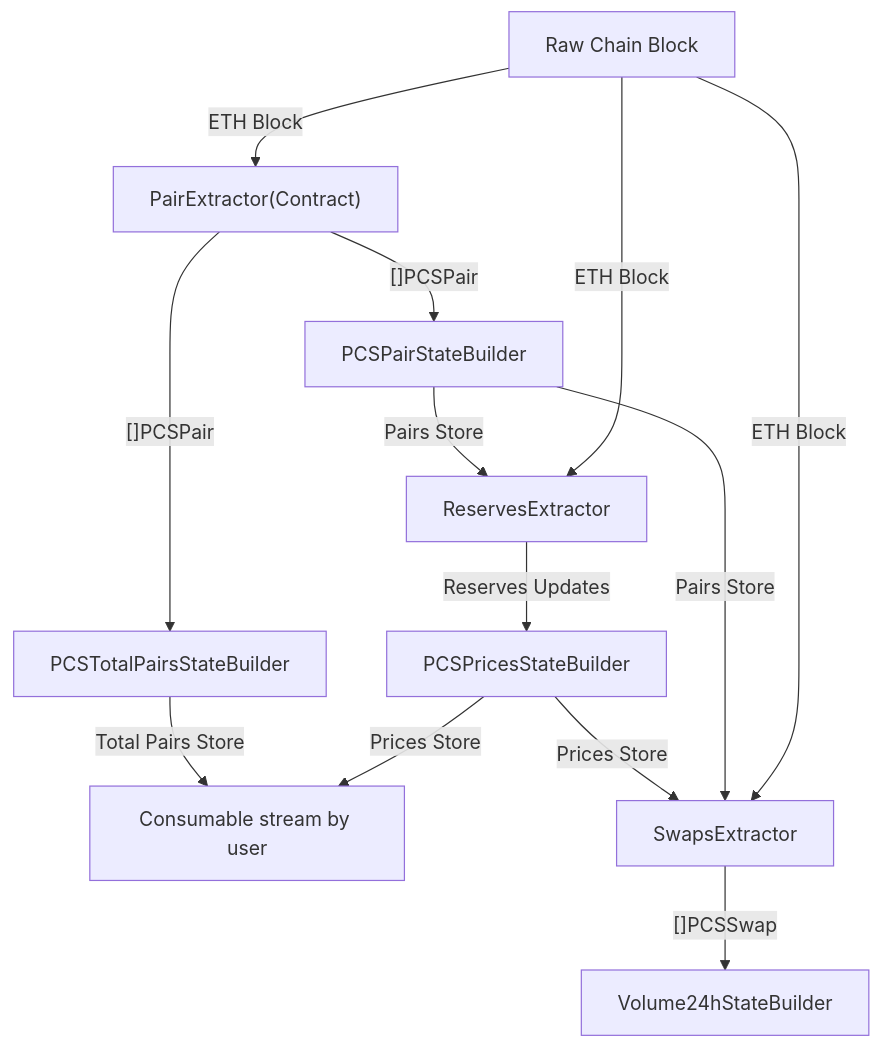
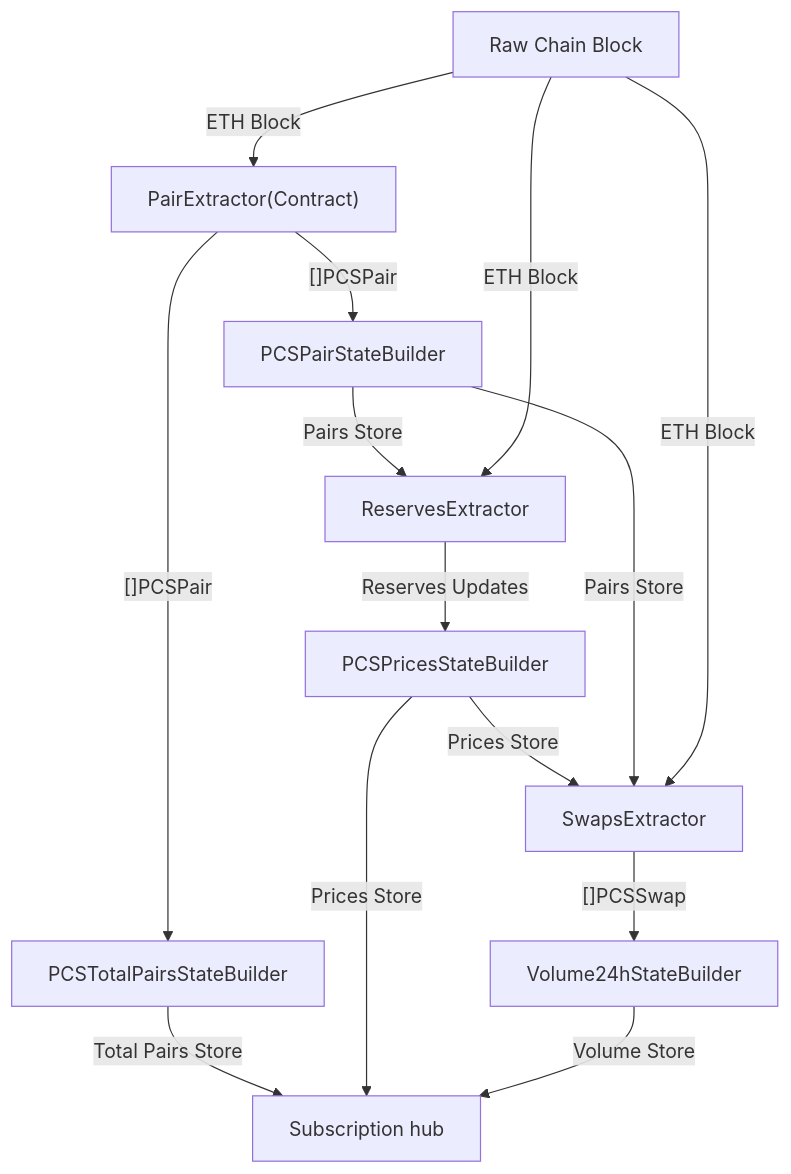
Before and after one commit to streamingfast/substreams-playground: the diagram in README.md, drawn with Mermaid.

Commit message:
added hub

````diff
--- a/README.md
+++ b/README.md
@@ -27,26 +27,27 @@
 ```mermaid
 
 graph TD;
   PE["PairExtractor(Contract)"]
   PAIRS[PCSPairStateBuilder]
   TPSB[PCSTotalPairsStateBuilder] 
   RE[ReservesExtractor]
   B[Raw Chain Block]
   PRICES[PCSPricesStateBuilder]
-  END[Consumable stream by user]
   SWAP[SwapsExtractor]
   VOL24[Volume24hStateBuilder]
+  HUB[Subscription hub]
   
   B -- ETH Block --> PE
   PE -- "[]PCSPair" --> PAIRS
   PE -- "[]PCSPair" --> TPSB 
-  TPSB -- Total Pairs Store --> END
+  TPSB -- Total Pairs Store --> HUB
   PAIRS -- "Pairs Store" --> RE
   B -- ETH Block --> RE
   RE -- Reserves Updates --> PRICES
-  PRICES -- Prices Store --> END
+  PRICES -- Prices Store --> HUB
   PRICES -- Prices Store --> SWAP
   PAIRS -- Pairs Store --> SWAP
   B -- ETH Block --> SWAP
   SWAP -- "[]PCSSwap" --> VOL24
+  VOL24 -- "Volume Store" --> HUB
 ```
````
